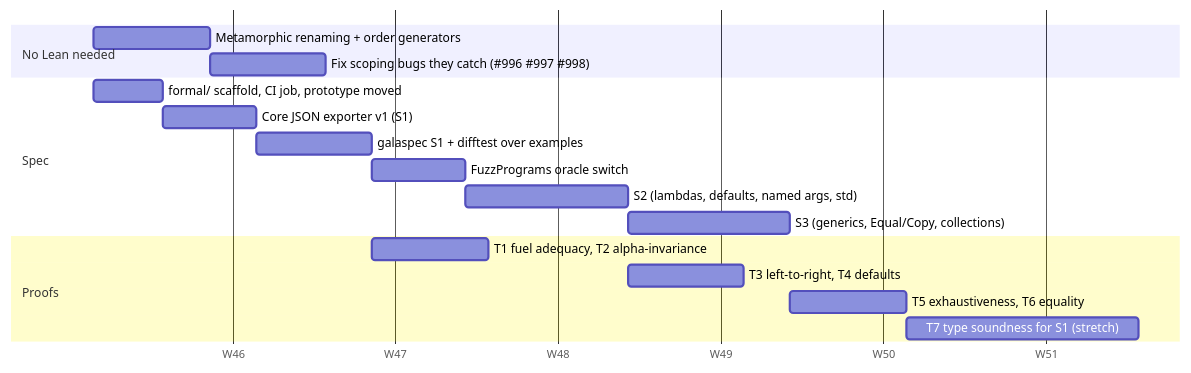
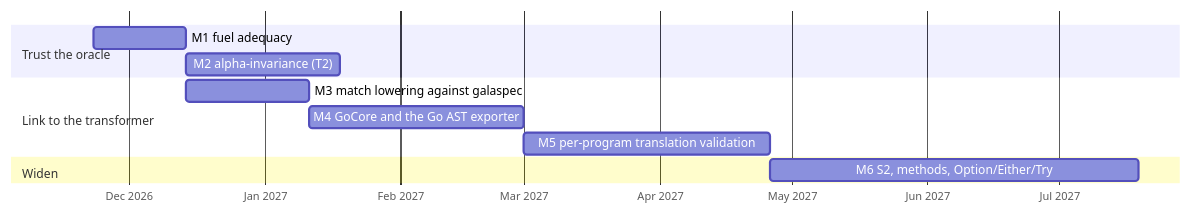
The sixth of 6 diagrams in docs/FORMAL_SEMANTICS.MD (martianoff/gala), drawn with Mermaid before and after one commit. The commit also changed other lines of this file and 1 other file, not shown here.

First line of the commit message:
docs: milestone roadmap toward an end-to-end proof of the transpiler

````diff
--- a/docs/FORMAL_SEMANTICS.MD
+++ b/docs/FORMAL_SEMANTICS.MD
@@ -409,20 +547,14 @@
 ```mermaid
 gantt
     dateFormat  YYYY-MM-DD
-    axisFormat  W%W
-    section No Lean needed
-    Metamorphic renaming + order generators   :m1, 2026-11-16, 5d
-    Fix scoping bugs they catch (#996 #997 #998) :m2, after m1, 5d
-    section Spec
-    formal/ scaffold, CI job, prototype moved  :s0, 2026-11-16, 3d
-    Core JSON exporter v1 (S1)                 :s1, after s0, 4d
-    galaspec S1 + difftest over examples       :s2, after s1, 5d
-    FuzzPrograms oracle switch                 :s3, after s2, 4d
-    S2 (lambdas, defaults, named args, std)    :s4, after s3, 7d
-    S3 (generics, Equal/Copy, collections)     :s5, after s4, 7d
-    section Proofs
-    T1 fuel adequacy, T2 alpha-invariance      :p1, after s2, 5d
-    T3 left-to-right, T4 defaults              :p2, after s4, 5d
-    T5 exhaustiveness, T6 equality             :p3, after s5, 5d
-    T7 type soundness for S1 (stretch)         :p4, after p3, 10d
+    axisFormat  %b %Y
+    section Trust the oracle
+    M1 fuel adequacy                       :m1, 2026-11-23, 21d
+    M2 alpha-invariance (T2)               :m2, after m1, 35d
+    section Link to the transformer
+    M3 match lowering against galaspec     :m3, after m1, 28d
+    M4 GoCore and the Go AST exporter      :m4, after m3, 49d
+    M5 per-program translation validation  :m5, after m4, 56d
+    section Widen
+    M6 S2, methods, Option/Either/Try      :m6, after m5, 84d
 ```
````
